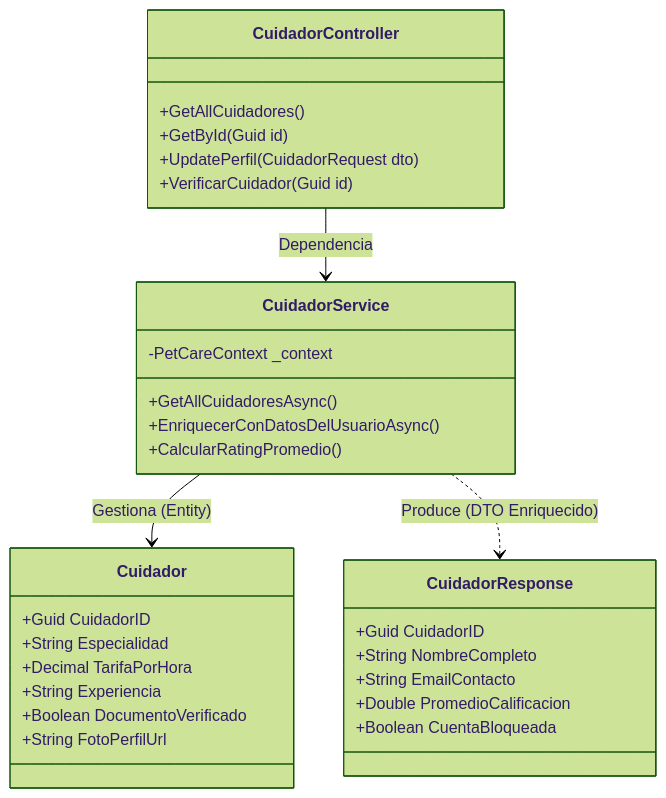
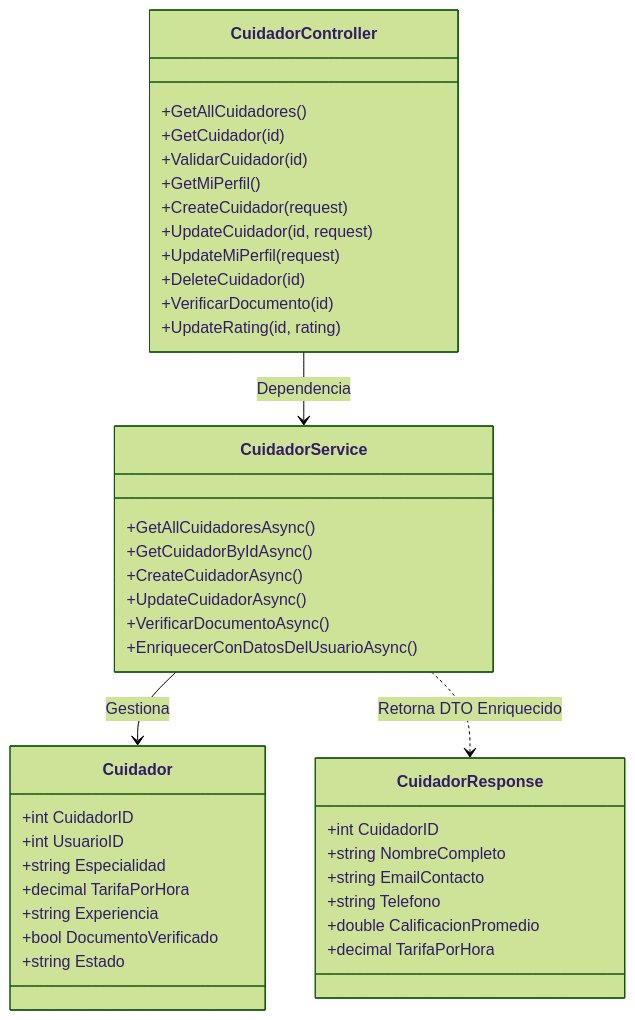
The second of 2 diagrams in backend/cuidador-service/README.md (WooshC/PetCare-DSS), drawn with Mermaid (forest theme) before and after one commit. The commit also changed other lines of this file and 4 other files, not shown here.

````diff
--- a/backend/cuidador-service/README.md
+++ b/backend/cuidador-service/README.md
@@ -58,42 +62,52 @@
 ```mermaid
 classDiagram
     %% Estilos
     classDef controller fill:#ffe0b2,stroke:#f57c00,stroke-width:1px
     classDef service fill:#bbdefb,stroke:#1976d2,stroke-width:1px
     classDef model fill:#c8e6c9,stroke:#388e3c,stroke-width:1px
 
     class CuidadorController:::controller {
         +GetAllCuidadores()
-        +GetById(Guid id)
-        +UpdatePerfil(CuidadorRequest dto)
-        +VerificarCuidador(Guid id)
+        +GetCuidador(id)
+        +ValidarCuidador(id)
+        +GetMiPerfil()
+        +CreateCuidador(request)
+        +UpdateCuidador(id, request)
+        +UpdateMiPerfil(request)
+        +DeleteCuidador(id)
+        +VerificarDocumento(id)
+        +UpdateRating(id, rating)
     }
 
     class CuidadorService:::service {
-        -PetCareContext _context
         +GetAllCuidadoresAsync()
+        +GetCuidadorByIdAsync()
+        +CreateCuidadorAsync()
+        +UpdateCuidadorAsync()
+        +VerificarDocumentoAsync()
         +EnriquecerConDatosDelUsuarioAsync()
-        +CalcularRatingPromedio()
     }
 
     class Cuidador:::model {
-        +Guid CuidadorID
-        +String Especialidad
-        +Decimal TarifaPorHora
-        +String Experiencia
-        +Boolean DocumentoVerificado
-        +String FotoPerfilUrl
+        +int CuidadorID
+        +int UsuarioID
+        +string Especialidad
+        +decimal TarifaPorHora
+        +string Experiencia
+        +bool DocumentoVerificado
+        +string Estado
     }
 
     class CuidadorResponse:::model {
-        +Guid CuidadorID
-        +String NombreCompleto
-        +String EmailContacto
-        +Double PromedioCalificacion
-        +Boolean CuentaBloqueada
+        +int CuidadorID
+        +string NombreCompleto
+        +string EmailContacto
+        +string Telefono
+        +double CalificacionPromedio
+        +decimal TarifaPorHora
     }
 
     CuidadorController --> CuidadorService : Dependencia
-    CuidadorService --> Cuidador : Gestiona (Entity)
-    CuidadorService ..> CuidadorResponse : Produce (DTO Enriquecido)
+    CuidadorService --> Cuidador : Gestiona
+    CuidadorService ..> CuidadorResponse : Retorna DTO Enriquecido
 ```
````
